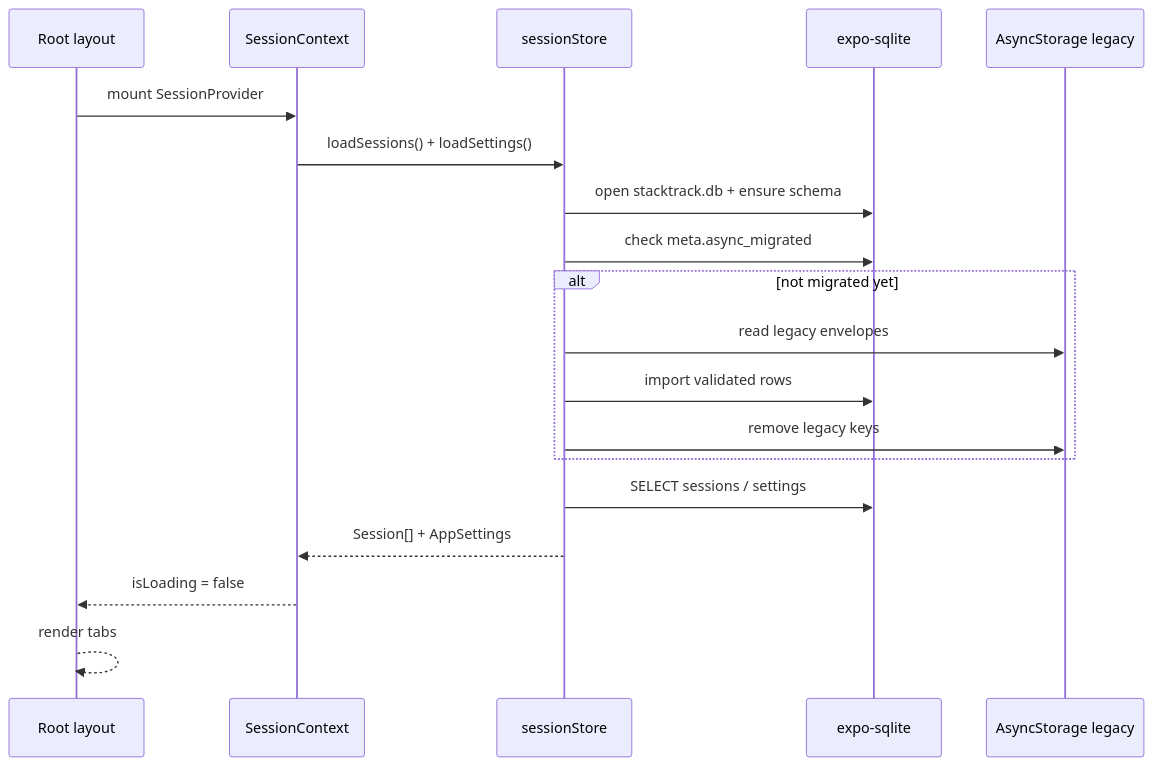
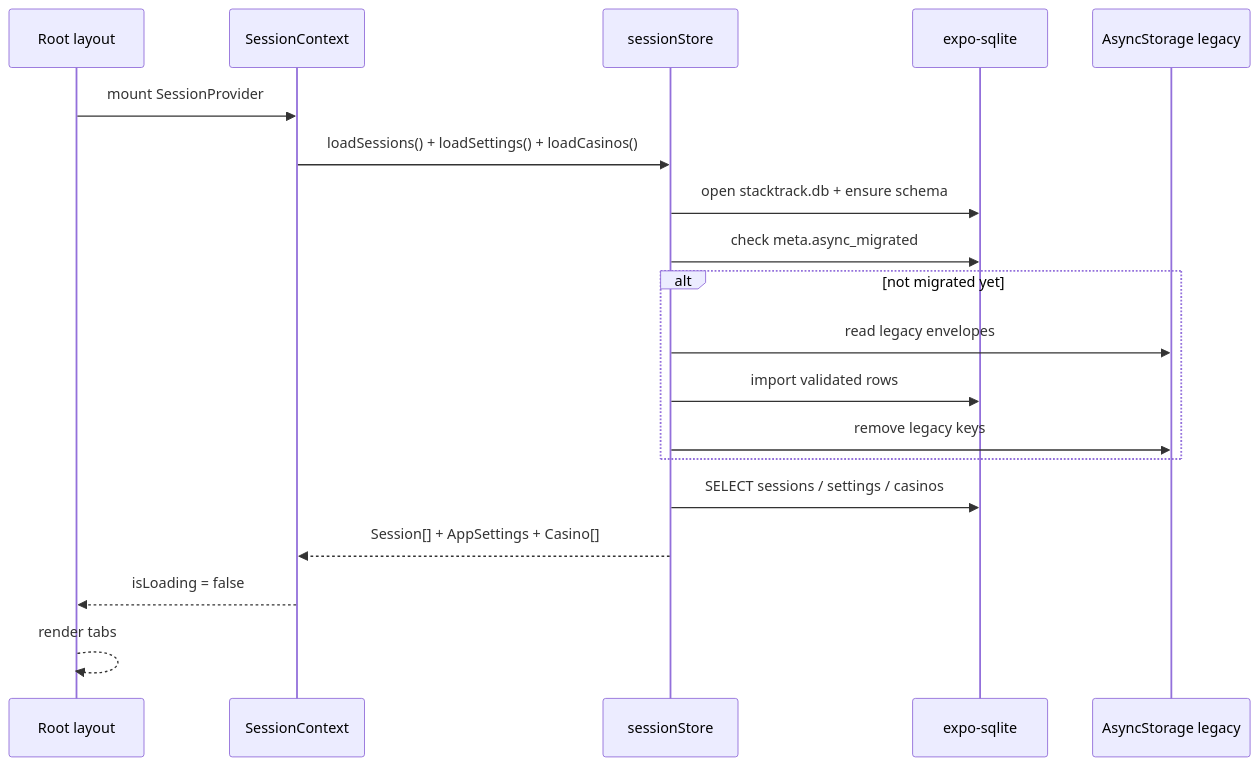
The second of 8 diagrams in docs/flow.md (Trevor5008/StackTrack), drawn with Mermaid before and after one commit. The commit also changed other lines of this file and 27 other files, not shown here.

````diff
--- a/docs/flow.md
+++ b/docs/flow.md
@@ -28,22 +31,22 @@
 ```mermaid
 sequenceDiagram
   participant App as Root layout
   participant Ctx as SessionContext
   participant Store as sessionStore
   participant DB as expo-sqlite
   participant AS as AsyncStorage legacy
 
   App->>Ctx: mount SessionProvider
-  Ctx->>Store: loadSessions() + loadSettings()
+  Ctx->>Store: loadSessions() + loadSettings() + loadCasinos()
   Store->>DB: open stacktrack.db + ensure schema
   Store->>DB: check meta.async_migrated
   alt not migrated yet
     Store->>AS: read legacy envelopes
     Store->>DB: import validated rows
     Store->>AS: remove legacy keys
   end
-  Store->>DB: SELECT sessions / settings
-  Store-->>Ctx: Session[] + AppSettings
+  Store->>DB: SELECT sessions / settings / casinos
+  Store-->>Ctx: Session[] + AppSettings + Casino[]
   Ctx-->>App: isLoading = false
   App-->>App: render tabs
 ```
````
